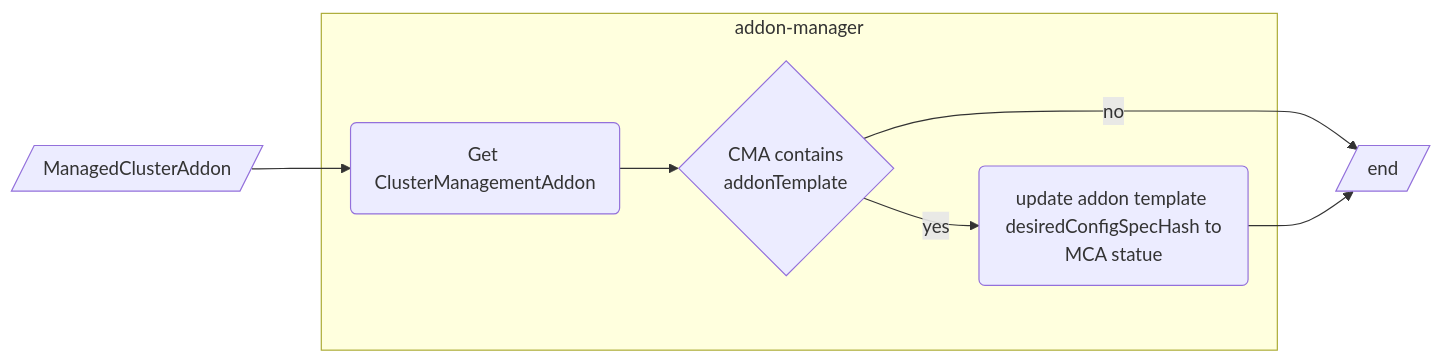
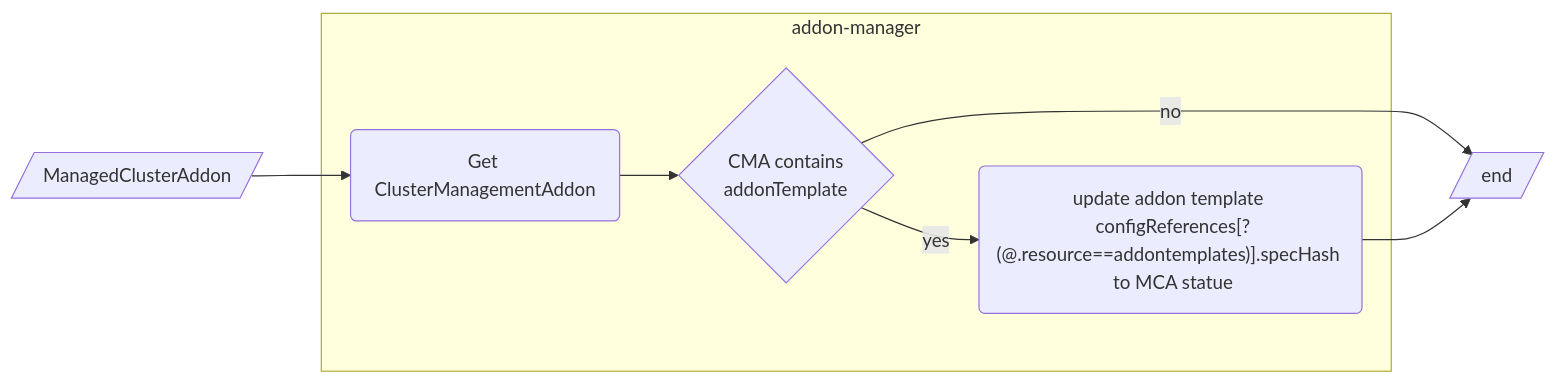
Before and after one commit to open-cluster-management-io/enhancements: the first of 2 diagrams in enhancements/sig-architecture/82-addon-template/README.md, drawn with Mermaid. The commit also changed other lines of this file and 10 other files, not shown here.

Commit message:
update examplex for addon template

````diff
--- a/enhancements/sig-architecture/82-addon-template/README.md
+++ b/enhancements/sig-architecture/82-addon-template/README.md
@@ -294,13 +341,13 @@
 ```mermaid
 graph LR
     A[/ManagedClusterAddon/] -->b1(Get ClusterManagementAddon)
     b2{CMA contains <br> addonTemplate}
-    b3(update addon template <br> desiredConfigSpecHash to MCA statue)
+    b3("update addon template <br> configReferences[?(@.resource==addontemplates)].specHash <br> to MCA statue")
     C[/end/]
     subgraph addon-manager
     b1 --> b2
     b2 --> |yes| b3
     end
     b2 --> |no| C
     b3 --> C
 ```
````
